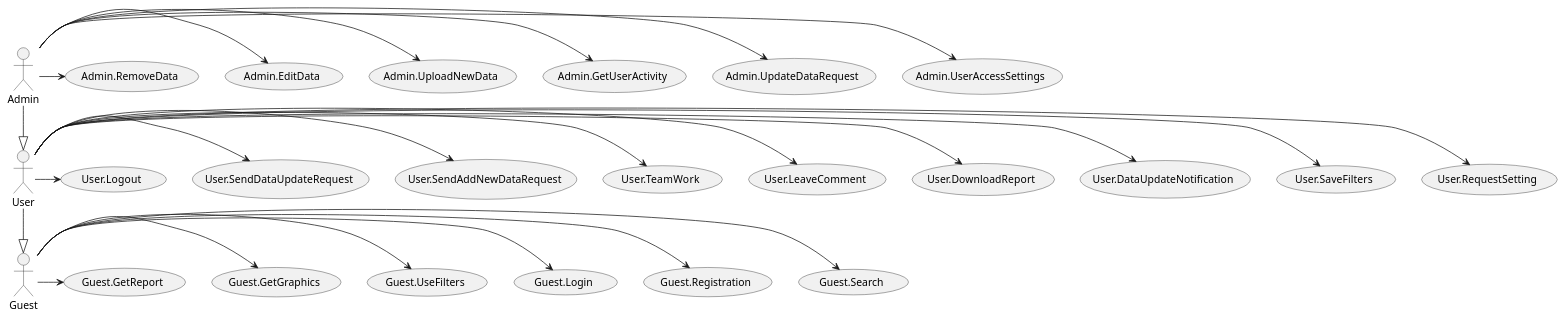
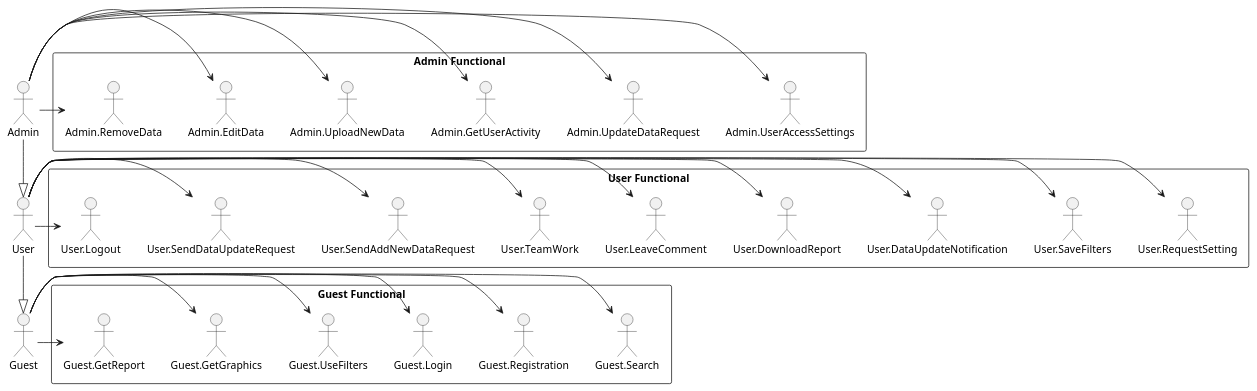
One commit to panther21Lw/db_labs_io31 changed the first of 22 diagrams in docs/use cases/README.md. Above: the diagram before and after it, drawn with PlantUML.

Commit message:
Fix plantuml

```diff
--- a/docs/use cases/README.md
+++ b/docs/use cases/README.md
@@ -29,58 +29,41 @@
 @startuml
 
     actor Guest
     actor User
     actor Admin
     
-    usecase "Guest.Search" as GSearch
-    usecase "Guest.Registration" as GRegistration
-    usecase "Guest.Login" as GLogin
-    usecase "Guest.UseFilters" as GUseFilters
-    usecase "Guest.GetGraphics" as GGetGraphics
-    usecase "Guest.GetReport" as GGetReport
+    rectangle "Guest Functional" {
+    Guest -> Guest.Search
+    Guest -> Guest.Registration
+    Guest -> Guest.Login
+    Guest -> Guest.UseFilters
+    Guest -> Guest.GetGraphics
+    Guest -> Guest.GetReport
+    }
     
-    usecase "User.RequestSetting" as URequestSetting
-    usecase "User.SaveFilters" as USaveFilters
-    usecase "User.DataUpdateNotification" as UDataUpdateNotification
-    usecase "User.DownloadReport" as UDownloadReport
-    usecase "User.LeaveComment" as ULeaveComment
-    usecase "User.TeamWork" as UTeamWork
-    usecase "User.SendAddNewDataRequest" as USendAddNewDataRequest
-    usecase "User.SendDataUpdateRequest" as USendDataUpdateRequest
-    usecase "User.Logout" as ULogout
+    rectangle "User Functional" {
+    User -> User.RequestSetting
+    User -> User.SaveFilters
+    User -> User.DataUpdateNotification
+    User -> User.DownloadReport
+    User -> User.LeaveComment
+    User -> User.TeamWork
+    User -> User.SendAddNewDataRequest
+    User -> User.SendDataUpdateRequest
+    User -> User.Logout
+    }
     
-    usecase "Admin.UserAccessSettings" as AUserAccessSettings
-    usecase "Admin.UpdateDataRequest" as AUpdateDataRequest
-    usecase "Admin.GetUserActivity" as AGetUserActivity
-    usecase "Admin.UploadNewData" as AUploadNewData
-    usecase "Admin.EditData" as AEditData
-    usecase "Admin.RemoveData" as ARemoveData
+    rectangle "Admin Functional" {
+    Admin -> Admin.UserAccessSettings
+    Admin -> Admin.UpdateDataRequest
+    Admin -> Admin.GetUserActivity
+    Admin -> Admin.UploadNewData
+    Admin -> Admin.EditData
+    Admin -> Admin.RemoveData
+    }
     
+    ' Наследование
     User -d-|> Guest
     Admin -d-|> User
-    
-    Guest -> GSearch
-    Guest -> GRegistration
-    Guest -> GLogin
-    Guest -> GUseFilters
-    Guest -> GGetGraphics
-    Guest -> GGetReport
-    
-    User -> URequestSetting
-    User -> USaveFilters
-    User -> UDataUpdateNotification
-    User -> UDownloadReport
-    User -> ULeaveComment
-    User -> UTeamWork
-    User -> USendAddNewDataRequest
-    User -> USendDataUpdateRequest
-    User -> ULogout
-    
-    Admin -> AUserAccessSettings
-    Admin -> AUpdateDataRequest
-    Admin -> AGetUserActivity
-    Admin -> AUploadNewData
-    Admin -> AEditData
-    Admin -> ARemoveData
 
 @enduml
```
